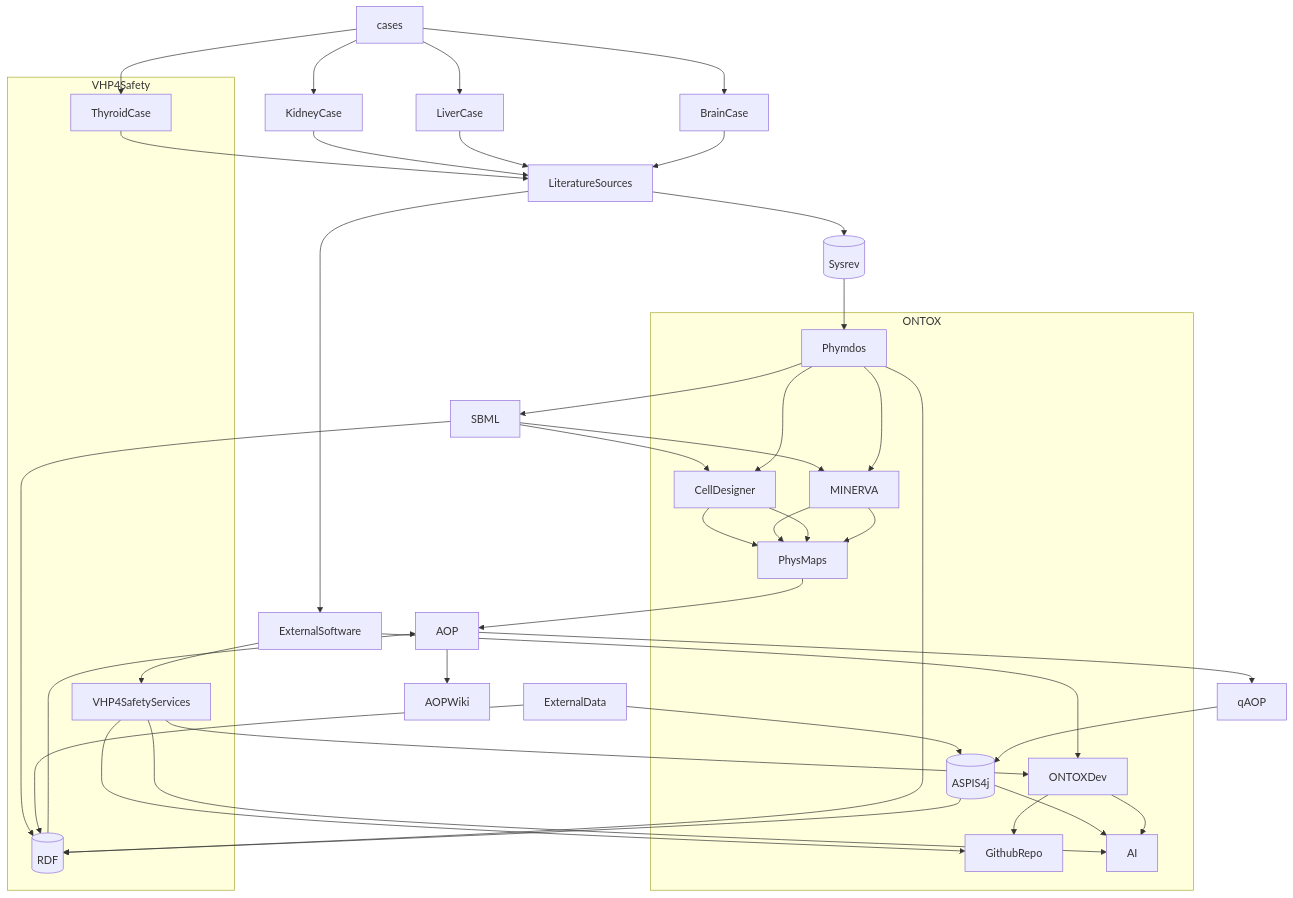
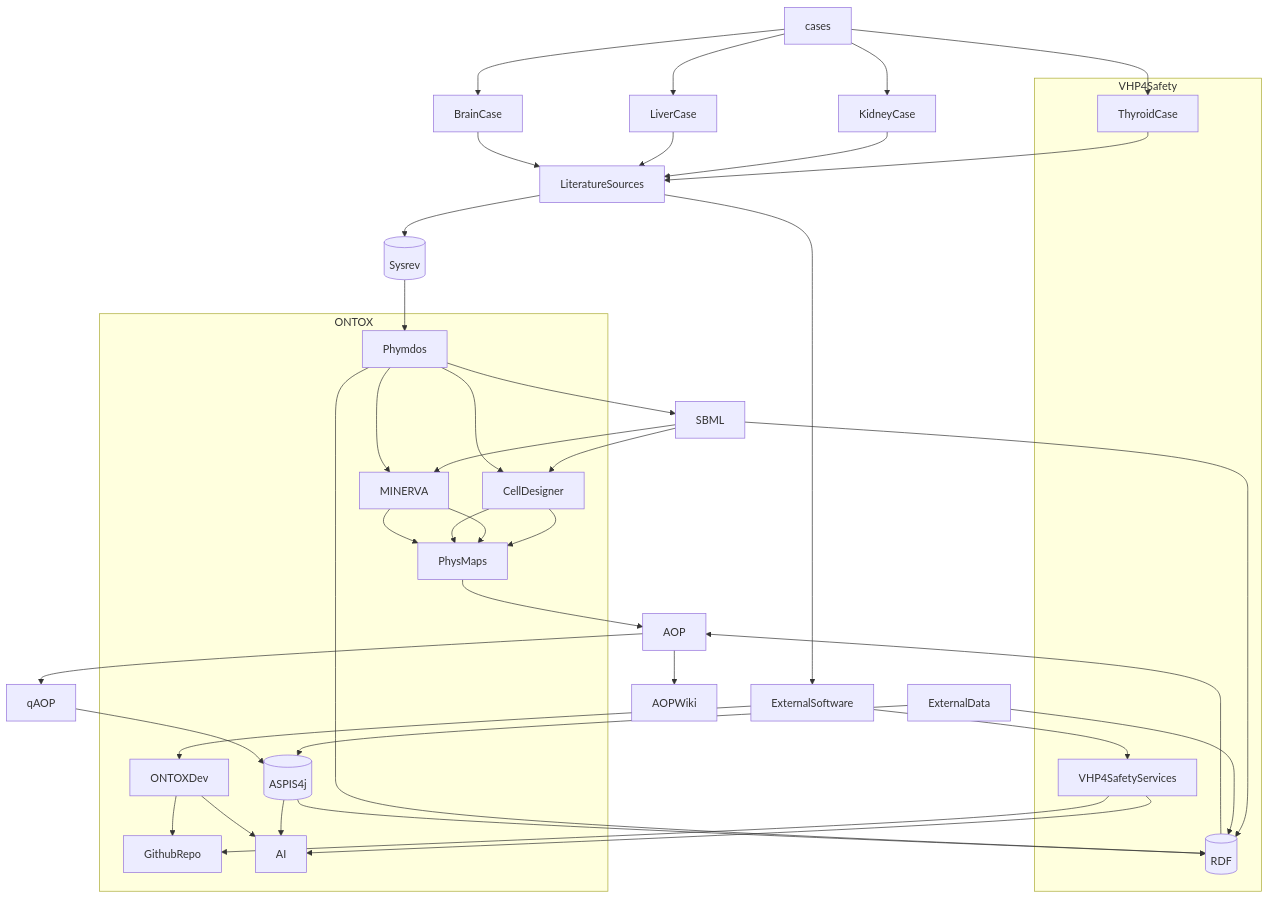
The diagram in ONTOX-vs-VHP4Safety.md (ontox-hu/workflows), drawn with Mermaid before and after one commit.

````diff
--- a/ONTOX-vs-VHP4Safety.md
+++ b/ONTOX-vs-VHP4Safety.md
@@ -1,66 +1,65 @@
 ```mermaid
 flowchart TB
 
     cases-->KidneyCase
     cases-->LiverCase
     cases-->BrainCase
     cases-->ThyroidCase
     
     KidneyCase-->LiteratureSources
     LiverCase-->LiteratureSources
     BrainCase-->LiteratureSources
     ThyroidCase-->LiteratureSources
     LiteratureSources-->Sysrev[(Sysrev)]
     Sysrev[(Sysrev)]-->Phymdos
     Phymdos-->SBML
     SBML-->CellDesigner
     SBML-->MINERVA
     SBML-->RDF[(RDF)]
     CellDesigner-->PhysMaps
     MINERVA-->PhysMaps
     PhysMaps-->AOP
     
  %%%%%%%%%%%%%%%%%%%%%%%%%%%%%%%
  
     subgraph ONTOX
     
     ONTOXDev
     ONTOXDev-->GithubRepo
     Phymdos-->MINERVA
     Phymdos-->CellDesigner
     CellDesigner-->PhysMaps
     MINERVA-->PhysMaps
     ASPIS4j[(ASPIS4j)]-->AI
     
     end
  
  %%%%%%%%%%%%%%%%%%%%%%%%%%%%%%%%
  
     subgraph VHP4Safety
     
     ThyroidCase 
     Phymdos-->RDF[(RDF)]
     VHP4SafetyServices
     VHP4SafetyServices-->AI
     ONTOXDev-->AI
     VHP4SafetyServices-->GithubRepo
     
     
     end
     
  %%%%%%%%%%%%%%%%%%%%%%%%%%%%%%%%%%
  
     RDF[(RDF)]-->AOP
     AOP-->AOPWiki
-    VHP4SafetyServices-->ONTOXDev
     AOP-->qAOP
     LiteratureSources-->ExternalSoftware
     ExternalSoftware-->VHP4SafetyServices
     ExternalSoftware-->ONTOXDev
     ExternalData-->ASPIS4j[(ASPIS4j)]
     qAOP-->ASPIS4j[(ASPIS4j)]
     ASPIS4j[(ASPIS4j)]-->RDF[(RDF)]
     ExternalData-->RDF[(RDF)]
     
     
 ```
````
